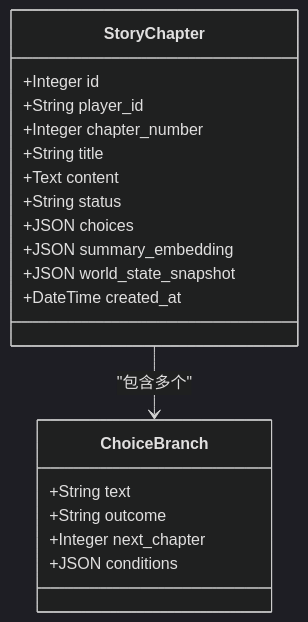
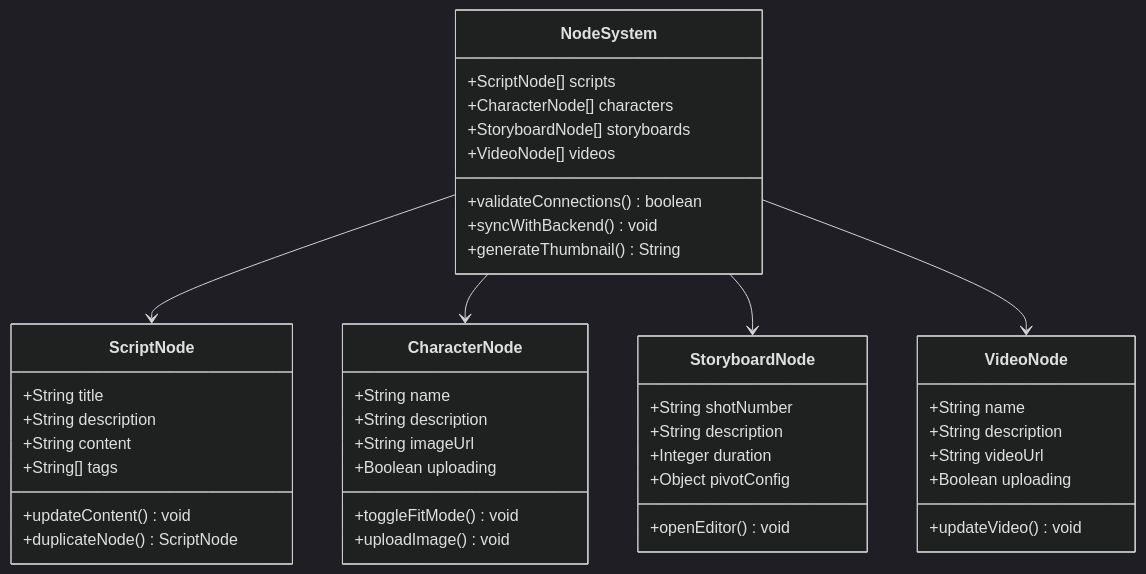
The sixth of 13 diagrams in .qoder/repowiki/zh/content/数据库设计/故事章节模型.md (KunLabAI/KunFlix), drawn with Mermaid (dark theme) before and after one commit. The commit also changed other lines of this file and 39 other files, not shown here.

````diff
--- a/.qoder/repowiki/zh/content/数据库设计/故事章节模型.md
+++ b/.qoder/repowiki/zh/content/数据库设计/故事章节模型.md
@@ -190,22 +312,46 @@
 ```mermaid
 classDiagram
-class StoryChapter {
-+Integer id
-+String player_id
-+Integer chapter_number
+class NodeSystem {
++ScriptNode[] scripts
++CharacterNode[] characters
++StoryboardNode[] storyboards
++VideoNode[] videos
++validateConnections() boolean
++syncWithBackend() void
++generateThumbnail() String
+}
+class ScriptNode {
 +String title
-+Text content
-+String status
-+JSON choices
-+JSON summary_embedding
-+JSON world_state_snapshot
-+DateTime created_at
++String description
++String content
++String[] tags
++updateContent() void
++duplicateNode() ScriptNode
 }
-class ChoiceBranch {
-+String text
-+String outcome
-+Integer next_chapter
-+JSON conditions
+class CharacterNode {
++String name
++String description
++String imageUrl
++Boolean uploading
++toggleFitMode() void
++uploadImage() void
 }
-StoryChapter --> ChoiceBranch : "包含多个"
+class StoryboardNode {
++String shotNumber
++String description
++Integer duration
++Object pivotConfig
++openEditor() void
+}
+class VideoNode {
++String name
++String description
++String videoUrl
++Boolean uploading
++updateVideo() void
+}
+NodeSystem --> ScriptNode
+NodeSystem --> CharacterNode
+NodeSystem --> StoryboardNode
+NodeSystem --> VideoNode
 ```
````
